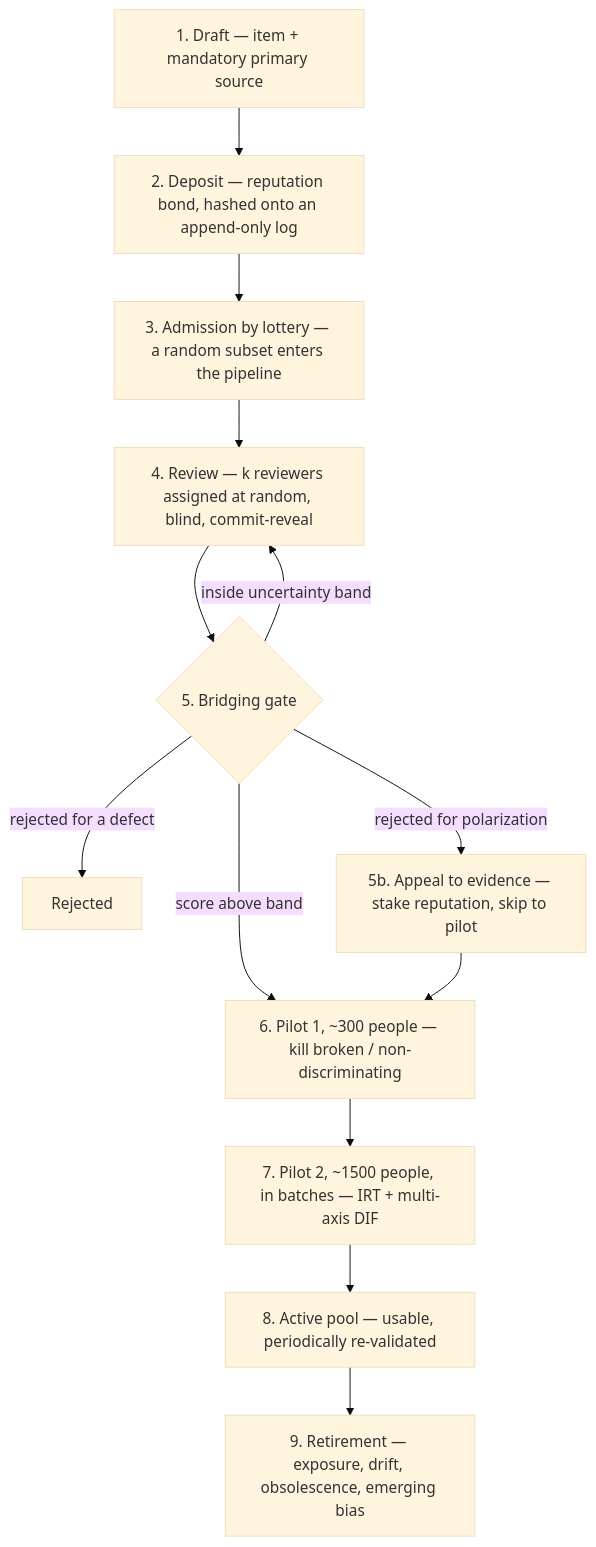
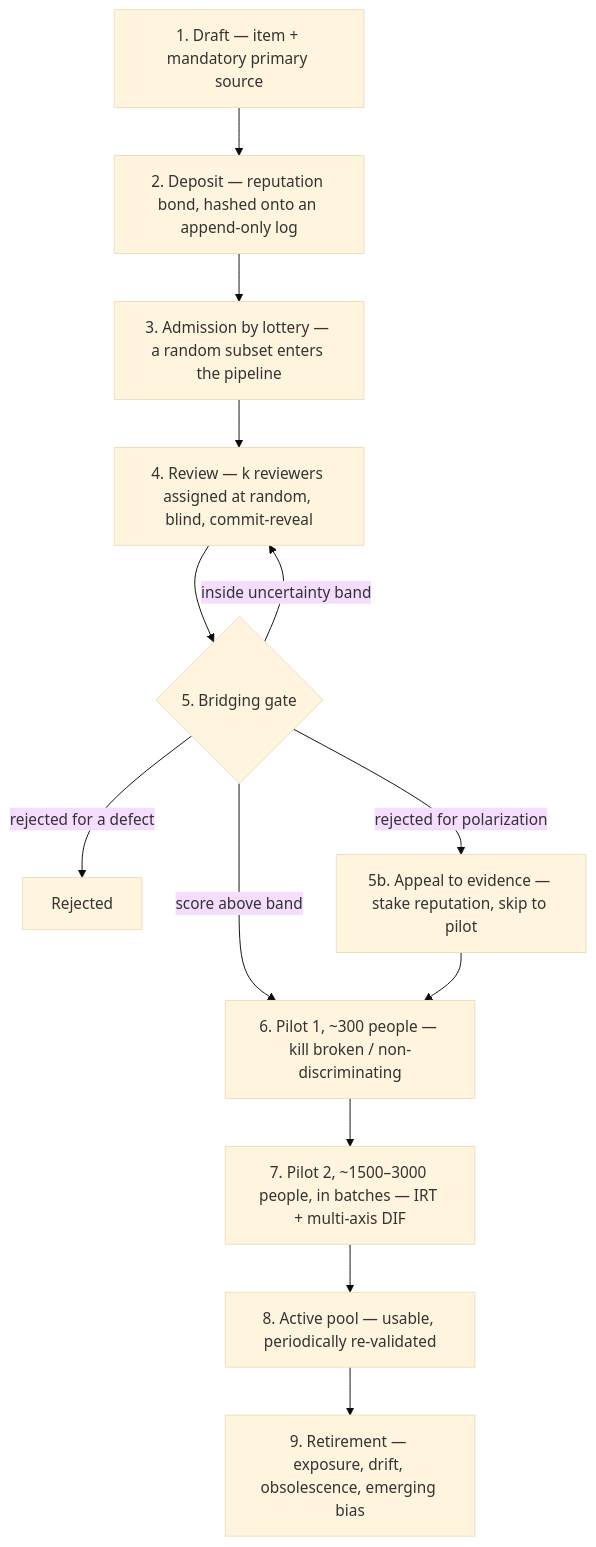
One commit to DavideMacchia/isegoria changed the diagram in README.md. Above: the diagram before and after it, drawn with Mermaid (base theme). The commit also changed other lines of this file and 4 other files, not shown here.

````diff
--- a/README.md
+++ b/README.md
@@ -133,15 +133,15 @@
 ```mermaid
 flowchart TD
     A["1. Draft — item + mandatory primary source"] --> B["2. Deposit — reputation bond, hashed onto an append-only log"]
     B --> C["3. Admission by lottery — a random subset enters the pipeline"]
     C --> D["4. Review — k reviewers assigned at random, blind, commit-reveal"]
     D --> E{"5. Bridging gate"}
     E -->|score above band| F["6. Pilot 1, ~300 people — kill broken / non-discriminating"]
     E -->|inside uncertainty band| D
     E -->|rejected for a defect| X["Rejected"]
     E -->|rejected for polarization| G["5b. Appeal to evidence — stake reputation, skip to pilot"]
     G --> F
-    F --> H["7. Pilot 2, ~1500 people, in batches — IRT + multi-axis DIF"]
+    F --> H["7. Pilot 2, ~1500–3000 people, in batches — IRT + multi-axis DIF"]
     H --> I["8. Active pool — usable, periodically re-validated"]
     I --> J["9. Retirement — exposure, drift, obsolescence, emerging bias"]
 ```
````
